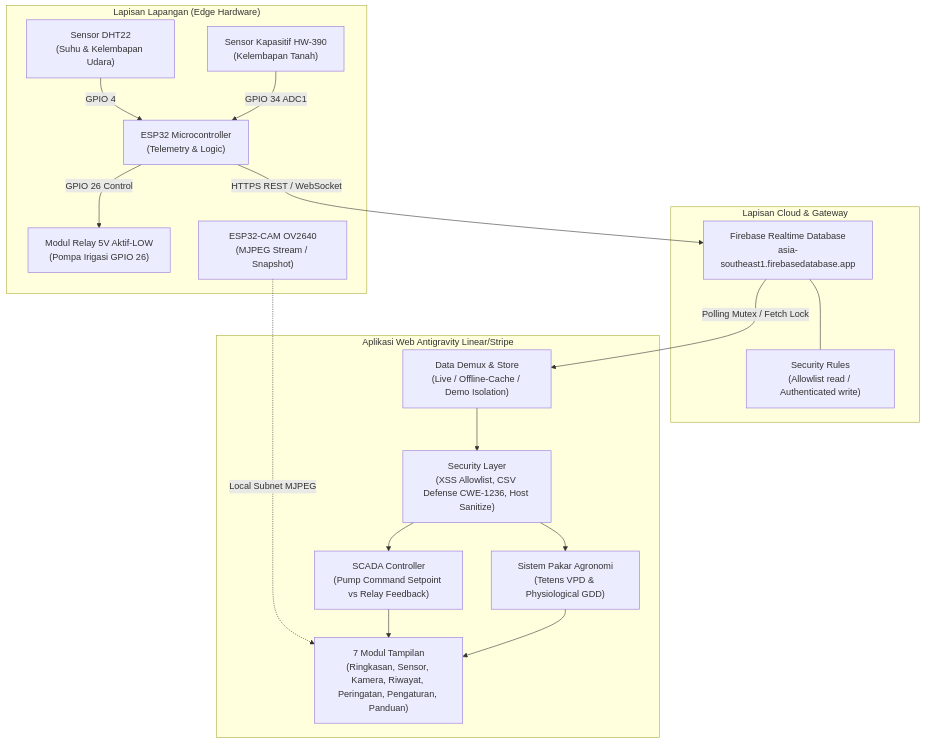
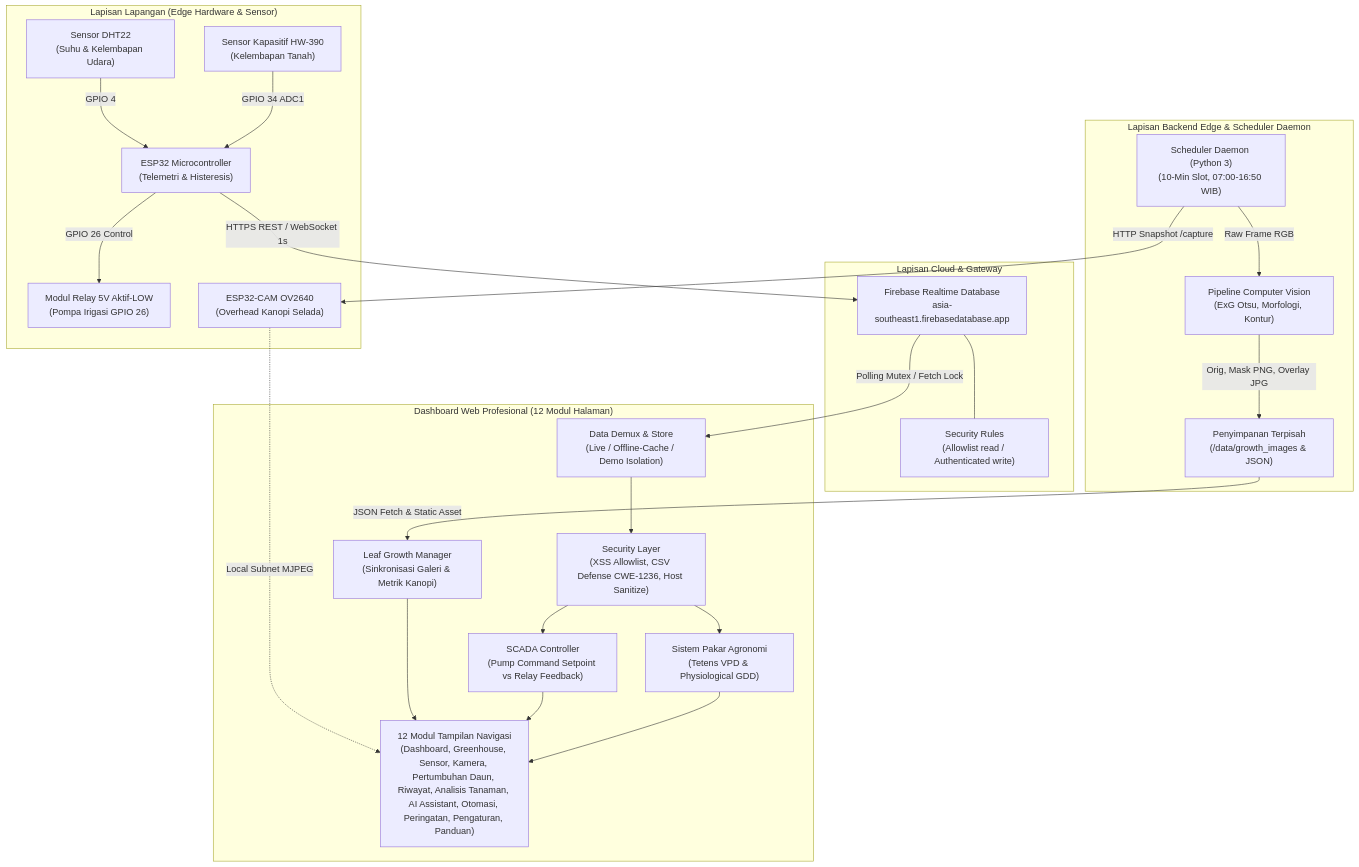
The diagram in README.md (aether-asahina/selada-keriting-monitor), drawn with Mermaid before and after one commit. The commit also changed other lines of this file and 304 other files, not shown here.

````diff
--- a/README.md
+++ b/README.md
@@ -9,38 +9,51 @@
 ```mermaid
 flowchart TD
-    subgraph Edge_Hardware ["Lapisan Lapangan (Edge Hardware)"]
-        ESP32["ESP32 Microcontroller<br/>(Telemetry & Logic)"]
+    subgraph Edge_Hardware ["Lapisan Lapangan (Edge Hardware & Sensor)"]
+        ESP32["ESP32 Microcontroller<br/>(Telemetri & Histeresis)"]
         DHT22["Sensor DHT22<br/>(Suhu & Kelembapan Udara)"]
         SOIL["Sensor Kapasitif HW-390<br/>(Kelembapan Tanah)"]
         RELAY["Modul Relay 5V Aktif-LOW<br/>(Pompa Irigasi GPIO 26)"]
-        CAM["ESP32-CAM OV2640<br/>(MJPEG Stream / Snapshot)"]
+        CAM["ESP32-CAM OV2640<br/>(Overhead Kanopi Selada)"]
         
         DHT22 -->|GPIO 4| ESP32
         SOIL -->|GPIO 34 ADC1| ESP32
         ESP32 -->|GPIO 26 Control| RELAY
     end
 
+    subgraph Edge_Backend ["Lapisan Backend Edge & Scheduler Daemon"]
+        SCHED["Scheduler Daemon (Python 3)<br/>(10-Min Slot, 07:00-16:50 WIB)"]
+        CV["Pipeline Computer Vision<br/>(ExG Otsu, Morfologi, Kontur)"]
+        STORE["Penyimpanan Terpisah<br/>(/data/growth_images & JSON)"]
+        
+        SCHED -->|HTTP Snapshot /capture| CAM
+        SCHED -->|Raw Frame RGB| CV
+        CV -->|Orig, Mask PNG, Overlay JPG| STORE
+    end
+
     subgraph Cloud_Infrastructure ["Lapisan Cloud & Gateway"]
         RTDB["Firebase Realtime Database<br/>asia-southeast1.firebasedatabase.app"]
         RULES["Security Rules<br/>(Allowlist read / Authenticated write)"]
         
-        ESP32 -->|HTTPS REST / WebSocket| RTDB
+        ESP32 -->|HTTPS REST / WebSocket 1s| RTDB
         RTDB --- RULES
     end
 
-    subgraph Client_App ["Aplikasi Web Antigravity Linear/Stripe"]
+    subgraph Client_App ["Dashboard Web Profesional (12 Modul Halaman)"]
         SEC["Security Layer<br/>(XSS Allowlist, CSV Defense CWE-1236, Host Sanitize)"]
         ROUTER["Data Demux & Store<br/>(Live / Offline-Cache / Demo Isolation)"]
+        GROWTH["Leaf Growth Manager<br/>(Sinkronisasi Galeri & Metrik Kanopi)"]
         SCADA["SCADA Controller<br/>(Pump Command Setpoint vs Relay Feedback)"]
         DSS["Sistem Pakar Agronomi<br/>(Tetens VPD & Physiological GDD)"]
-        UI["7 Modul Tampilan<br/>(Ringkasan, Sensor, Kamera, Riwayat, Peringatan, Pengaturan, Panduan)"]
+        UI["12 Modul Tampilan Navigasi<br/>(Dashboard, Greenhouse, Sensor, Kamera, Pertumbuhan Daun, Riwayat, Analisis Tanaman, AI Assistant, Otomasi, Peringatan, Pengaturan, Panduan)"]
         
         RTDB -->|Polling Mutex / Fetch Lock| ROUTER
+        STORE -->|JSON Fetch & Static Asset| GROWTH
         CAM -.->|Local Subnet MJPEG| UI
         ROUTER --> SEC
         SEC --> SCADA
         SEC --> DSS
+        GROWTH --> UI
         SCADA --> UI
         DSS --> UI
     end
 ```
````
